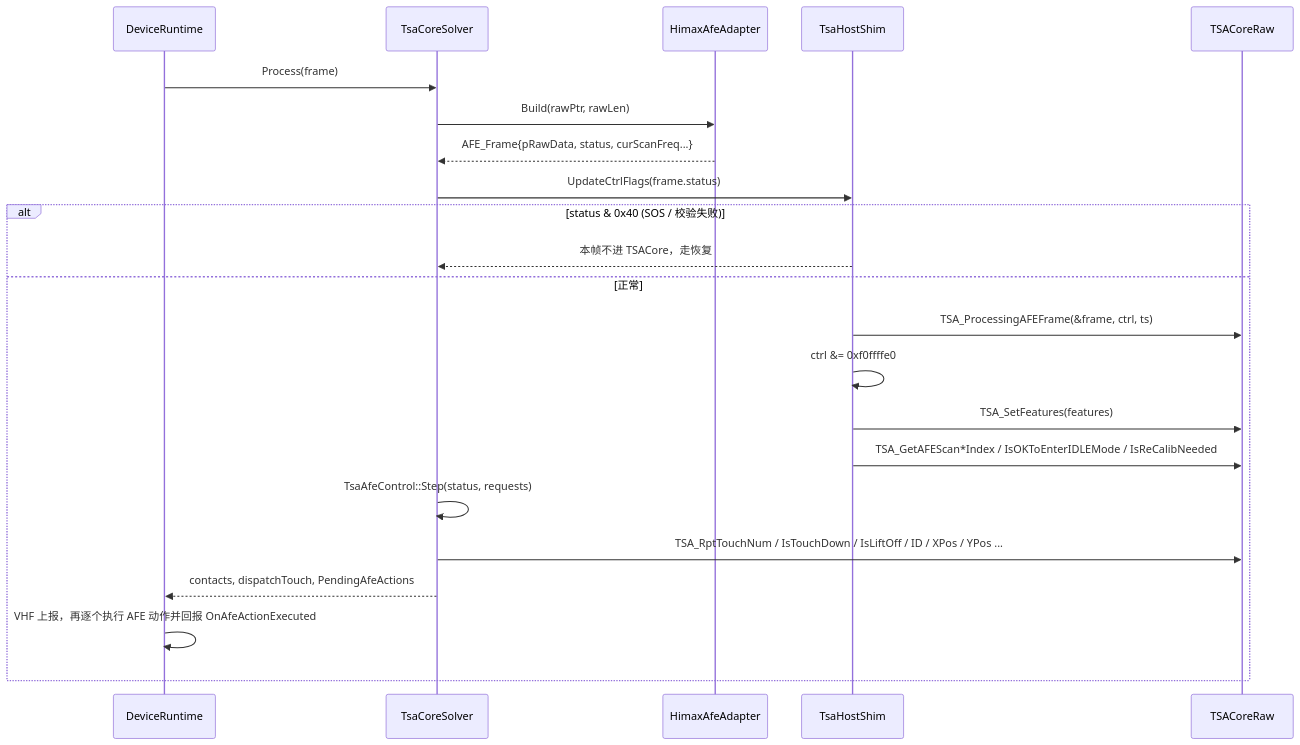
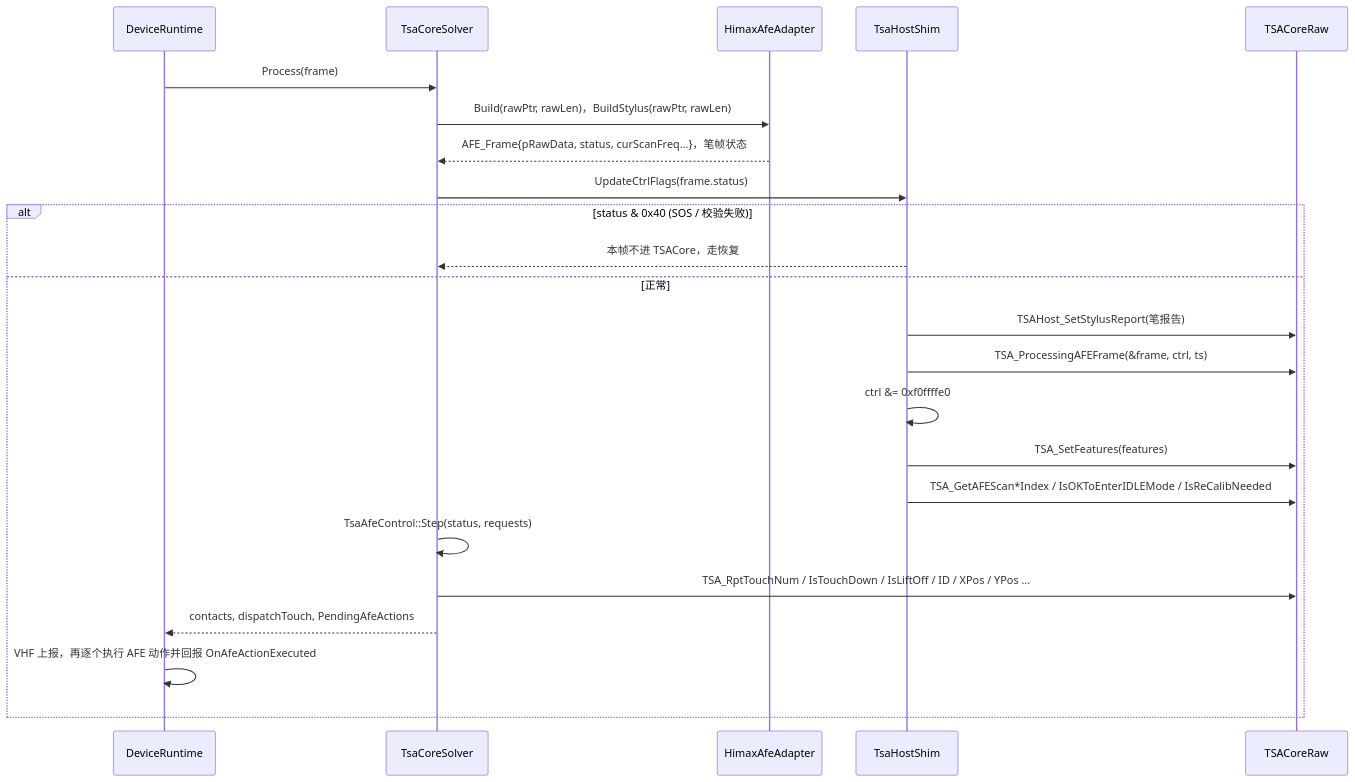
Before and after one commit to awarson2233/EGoTouchRev: the second of 12 diagrams in docs/finger_algorithms/tsacore-raw-integration.md, drawn with Mermaid. The commit also changed other lines of this file, not shown here.

Commit message:
docs(finger_algorithms): describe the stylus state seam into TSACore

````diff
--- a/docs/finger_algorithms/tsacore-raw-integration.md
+++ b/docs/finger_algorithms/tsacore-raw-integration.md
@@ -37,24 +40,25 @@
 ```mermaid
 sequenceDiagram
     participant RT as DeviceRuntime
     participant S as TsaCoreSolver
     participant A as HimaxAfeAdapter
     participant H as TsaHostShim
     participant T as TSACoreRaw
     RT->>S: Process(frame)
-    S->>A: Build(rawPtr, rawLen)
-    A-->>S: AFE_Frame{pRawData, status, curScanFreq...}
+    S->>A: Build(rawPtr, rawLen)，BuildStylus(rawPtr, rawLen)
+    A-->>S: AFE_Frame{pRawData, status, curScanFreq...}，笔帧状态
     S->>H: UpdateCtrlFlags(frame.status)
     alt status & 0x40 (SOS / 校验失败)
         H-->>S: 本帧不进 TSACore，走恢复
     else 正常
+        H->>T: TSAHost_SetStylusReport(笔报告)
         H->>T: TSA_ProcessingAFEFrame(&frame, ctrl, ts)
         H->>H: ctrl &= 0xf0ffffe0
         H->>T: TSA_SetFeatures(features)
         H->>T: TSA_GetAFEScan*Index / IsOKToEnterIDLEMode / IsReCalibNeeded
         S->>S: TsaAfeControl::Step(status, requests)
         S->>T: TSA_RptTouchNum / IsTouchDown / IsLiftOff / ID / XPos / YPos ...
         S-->>RT: contacts, dispatchTouch, PendingAfeActions
         RT->>RT: VHF 上报，再逐个执行 AFE 动作并回报 OnAfeActionExecuted
     end
 ```
````
